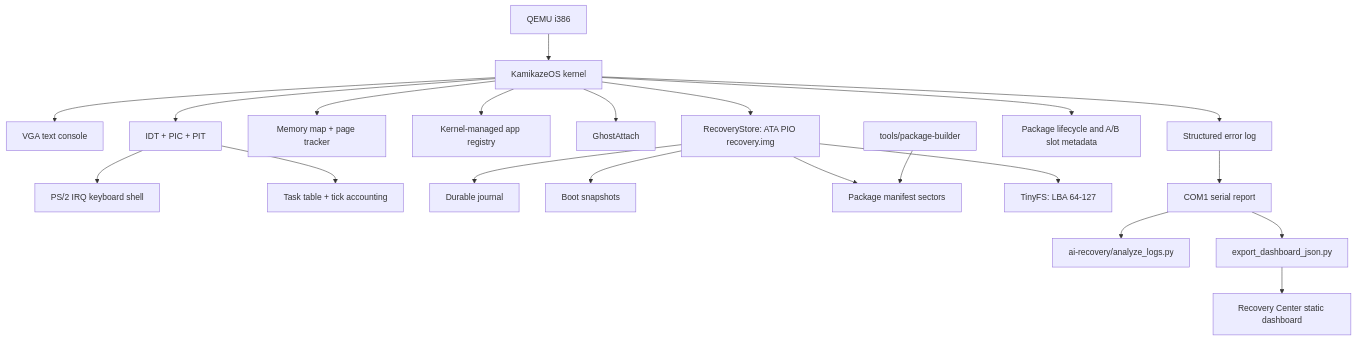
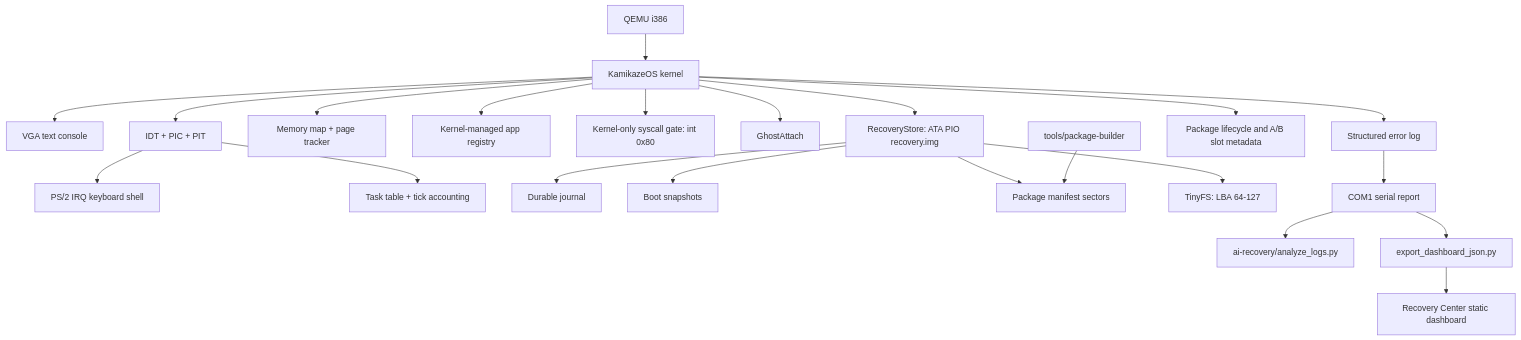
The diagram in README.md (kaamikazi/kamikazeos), drawn with Mermaid before and after one commit. The commit also changed other lines of this file and 7 other files, not shown here.

````diff
--- a/README.md
+++ b/README.md
@@ -48,23 +49,24 @@
 ```mermaid
 flowchart TD
   QEMU["QEMU i386"] --> Kernel["KamikazeOS kernel"]
   Kernel --> VGA["VGA text console"]
   Kernel --> IRQ["IDT + PIC + PIT"]
   Kernel --> Memory["Memory map + page tracker"]
   IRQ --> Keyboard["PS/2 IRQ keyboard shell"]
   IRQ --> Tasks["Task table + tick accounting"]
   Kernel --> Apps["Kernel-managed app registry"]
+  Kernel --> Syscalls["Kernel-only syscall gate: int 0x80"]
   Kernel --> Ghost["GhostAttach"]
   Kernel --> Errors["Structured error log"]
   Kernel --> Store["RecoveryStore: ATA PIO recovery.img"]
   Store --> Journal["Durable journal"]
   Store --> Snapshots["Boot snapshots"]
   Store --> Manifests["Package manifest sectors"]
   Store --> TinyFS["TinyFS: LBA 64-127"]
   Kernel --> Packages["Package lifecycle and A/B slot metadata"]
   Errors --> Serial["COM1 serial report"]
   Serial --> Analyzer["ai-recovery/analyze_logs.py"]
   Serial --> Exporter["export_dashboard_json.py"]
   Exporter --> Dashboard["Recovery Center static dashboard"]
   Tools["tools/package-builder"] --> Manifests
 ```
````
